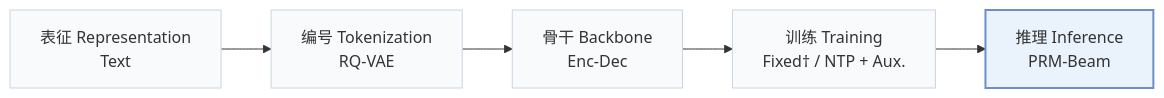
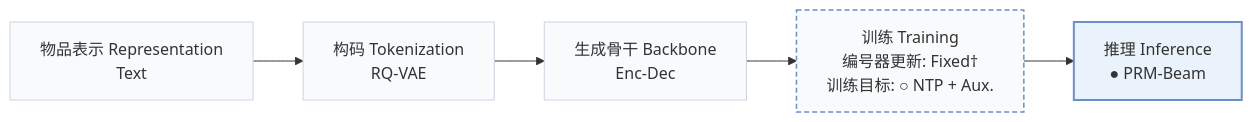
Before and after one commit to Galaxy-ghost/Awesome-SID-Generative-Rec: the first of 2 diagrams in pages/zh/papers/promise.md, drawn with Mermaid. The commit also changed other lines of this file and 558 other files, not shown here.

````diff
--- a/pages/zh/papers/promise.md
+++ b/pages/zh/papers/promise.md
@@ -15,8 +18,10 @@
 ```mermaid
 flowchart LR
-    R["表征 Representation<br/>Text"] --> T["编号 Tokenization<br/>RQ-VAE"] --> B["骨干 Backbone<br/>Enc-Dec"] --> TR["训练 Training<br/>Fixed† / NTP + Aux."] --> I["推理 Inference<br/>PRM-Beam"]
+    R["物品表示 Representation<br/>Text"] --> T["构码 Tokenization<br/>RQ-VAE"] --> B["生成骨干 Backbone<br/>Enc-Dec"] --> TR["训练 Training<br/>编号器更新: Fixed†<br/>训练目标: ○ NTP + Aux."] --> I["推理 Inference<br/>● PRM-Beam"]
     classDef base fill:#f8fafc,stroke:#cbd5e1
     class R,T,B,TR,I base
+    classDef other fill:#f8fafc,stroke:#6b8fc7,stroke-width:1.5px,stroke-dasharray:5 3
+    class TR other
     classDef main fill:#eaf2fb,stroke:#6b8fc7,stroke-width:2px
     class I main
 ```
````
